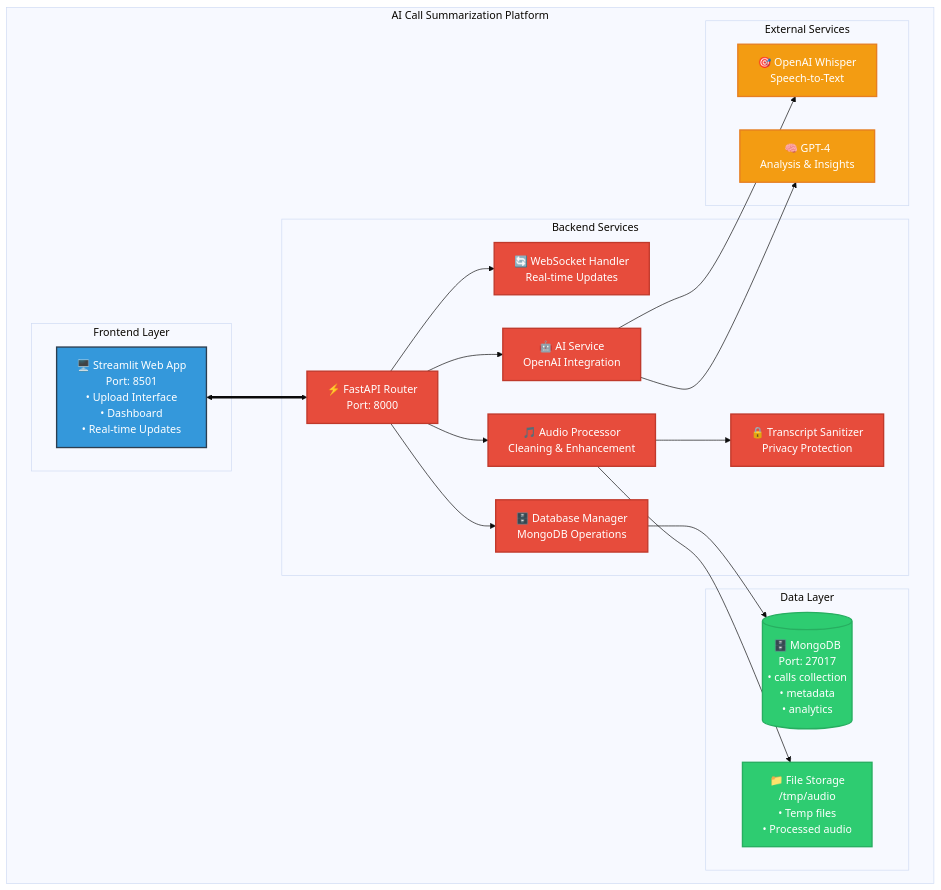
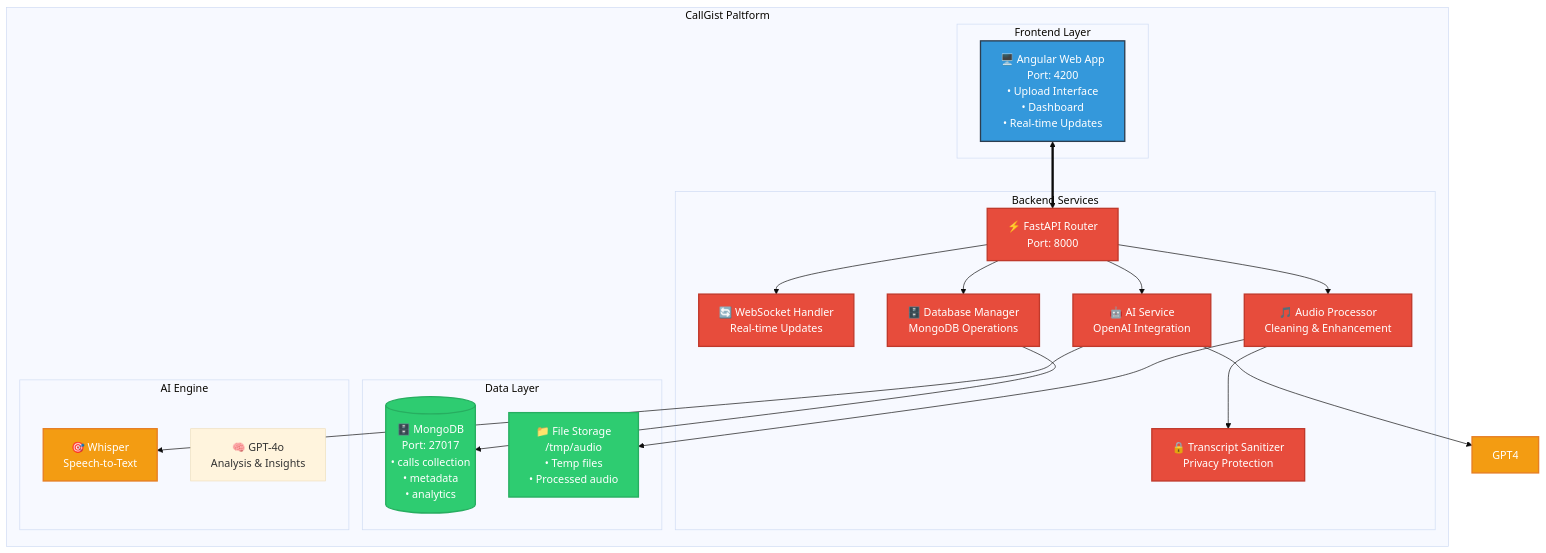
One commit to Shadiee/AssetManagement changed the first of 11 diagrams in diagram.md. Above: the diagram before and after it, drawn with Mermaid (base theme).

````diff
--- a/diagram.md
+++ b/diagram.md
@@ -19,50 +19,50 @@
 ```mermaid
 graph TB
-    subgraph "AI Call Summarization Platform"
+    subgraph "CallGist Paltform"
         subgraph "Frontend Layer"
-            FE[🖥️ Streamlit Web App<br/>Port: 8501<br/>• Upload Interface<br/>• Dashboard<br/>• Real-time Updates]
+            FE[🖥️ Angular Web App<br/>Port: 4200<br/>• Upload Interface<br/>• Dashboard<br/>• Real-time Updates]
         end
         
         subgraph "Backend Services"
             API[⚡ FastAPI Router<br/>Port: 8000]
             WS[🔄 WebSocket Handler<br/>Real-time Updates]
             AUDIO[🎵 Audio Processor<br/>Cleaning & Enhancement]
             AI[🤖 AI Service<br/>OpenAI Integration]
             DB_MGR[🗄️ Database Manager<br/>MongoDB Operations]
             SANITIZER[🔒 Transcript Sanitizer<br/>Privacy Protection]
         end
         
         subgraph "Data Layer"
             MONGO[(🗄️ MongoDB<br/>Port: 27017<br/>• calls collection<br/>• metadata<br/>• analytics)]
             STORAGE[📁 File Storage<br/>/tmp/audio<br/>• Temp files<br/>• Processed audio]
         end
         
-        subgraph "External Services"
-            WHISPER[🎯 OpenAI Whisper<br/>Speech-to-Text]
-            GPT4[🧠 GPT-4<br/>Analysis & Insights]
+        subgraph "AI Engine"
+            WHISPER[🎯 Whisper<br/>Speech-to-Text]
+            LLM[🧠 GPT-4o<br/>Analysis & Insights]
         end
     end
     
     %% Connections
     FE <==> API
     API --> WS
     API --> AUDIO
     API --> AI
     API --> DB_MGR
     AUDIO --> SANITIZER
     AI --> WHISPER
     AI --> GPT4
     DB_MGR --> MONGO
     AUDIO --> STORAGE
     
     %% Styling
     classDef frontend fill:#3498db,stroke:#2c3e50,stroke-width:2px,color:#fff
     classDef backend fill:#e74c3c,stroke:#c0392b,stroke-width:2px,color:#fff
     classDef data fill:#2ecc71,stroke:#27ae60,stroke-width:2px,color:#fff
     classDef external fill:#f39c12,stroke:#e67e22,stroke-width:2px,color:#fff
     
     class FE frontend
     class API,WS,AUDIO,AI,DB_MGR,SANITIZER backend
     class MONGO,STORAGE data
     class WHISPER,GPT4 external
 ```
````
